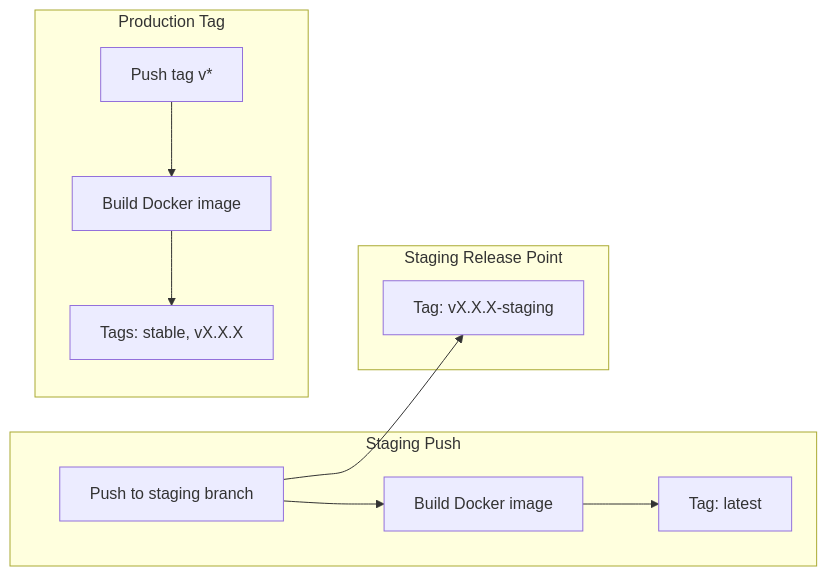
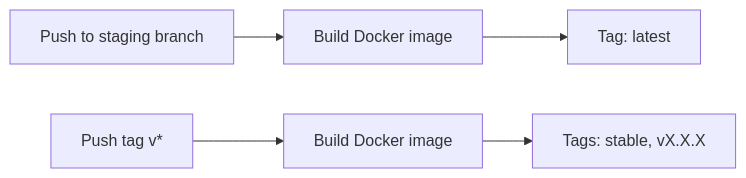
Before and after one commit to dnviti/codeclaw: the second of 3 diagrams in docs/deployment.md, drawn with Mermaid. The commit also changed other lines of this file and 95 other files, not shown here.

````diff
--- a/docs/deployment.md
+++ b/docs/deployment.md
@@ -162,22 +88,5 @@
 ```mermaid
 flowchart LR
-    subgraph "Staging Push"
-        STG_PUSH["Push to staging branch"]
-        STG_BUILD["Build Docker image"]
-        STG_TAG["Tag: latest"]
-    end
-
-    subgraph "Staging Release Point"
-        STAG_TAG["Tag: vX.X.X-staging"]
-    end
-
-    subgraph "Production Tag"
-        PROD_TAG["Push tag v*"]
-        PROD_BUILD["Build Docker image"]
-        PROD_TAGS["Tags: stable, vX.X.X"]
-    end
-
-    STG_PUSH --> STG_BUILD --> STG_TAG
-    STG_PUSH --> STAG_TAG
-    PROD_TAG --> PROD_BUILD --> PROD_TAGS
+    STG_PUSH["Push to staging branch"] --> STG_BUILD["Build Docker image"] --> STG_TAG["Tag: latest"]
+    PROD_TAG["Push tag v*"] --> PROD_BUILD["Build Docker image"] --> PROD_TAGS["Tags: stable, vX.X.X"]
 ```
````
